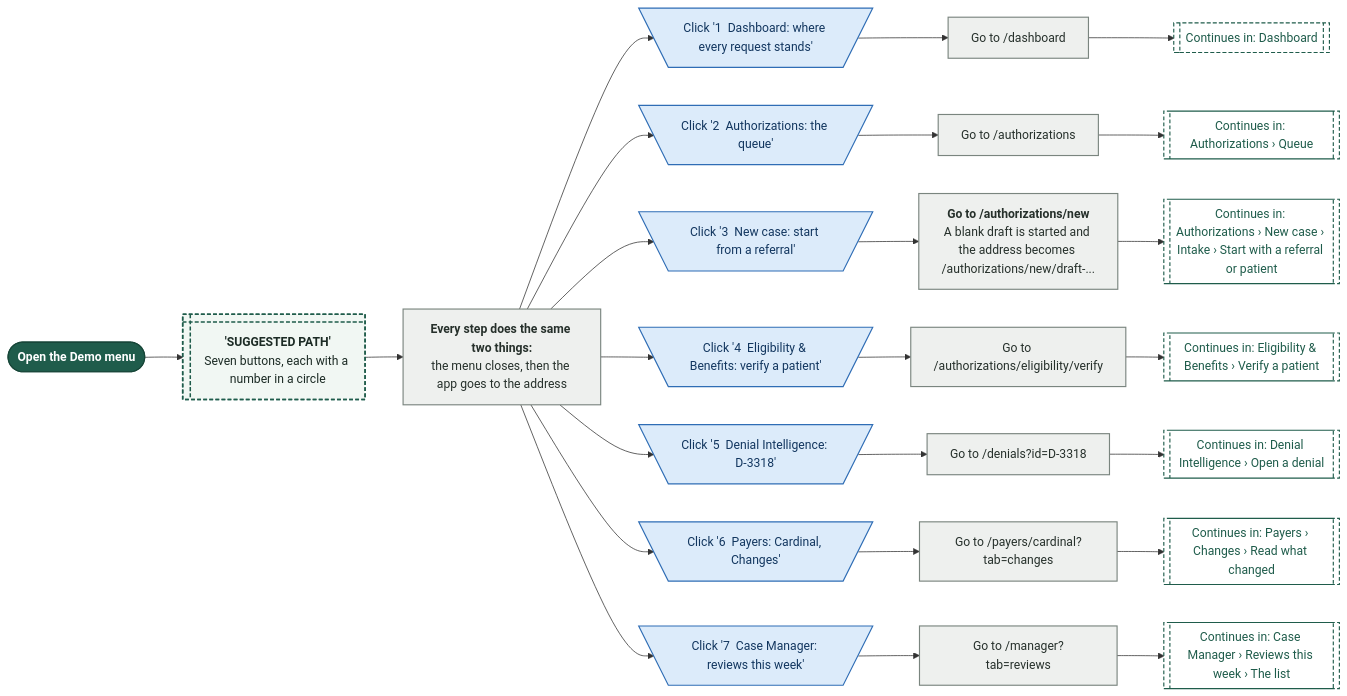
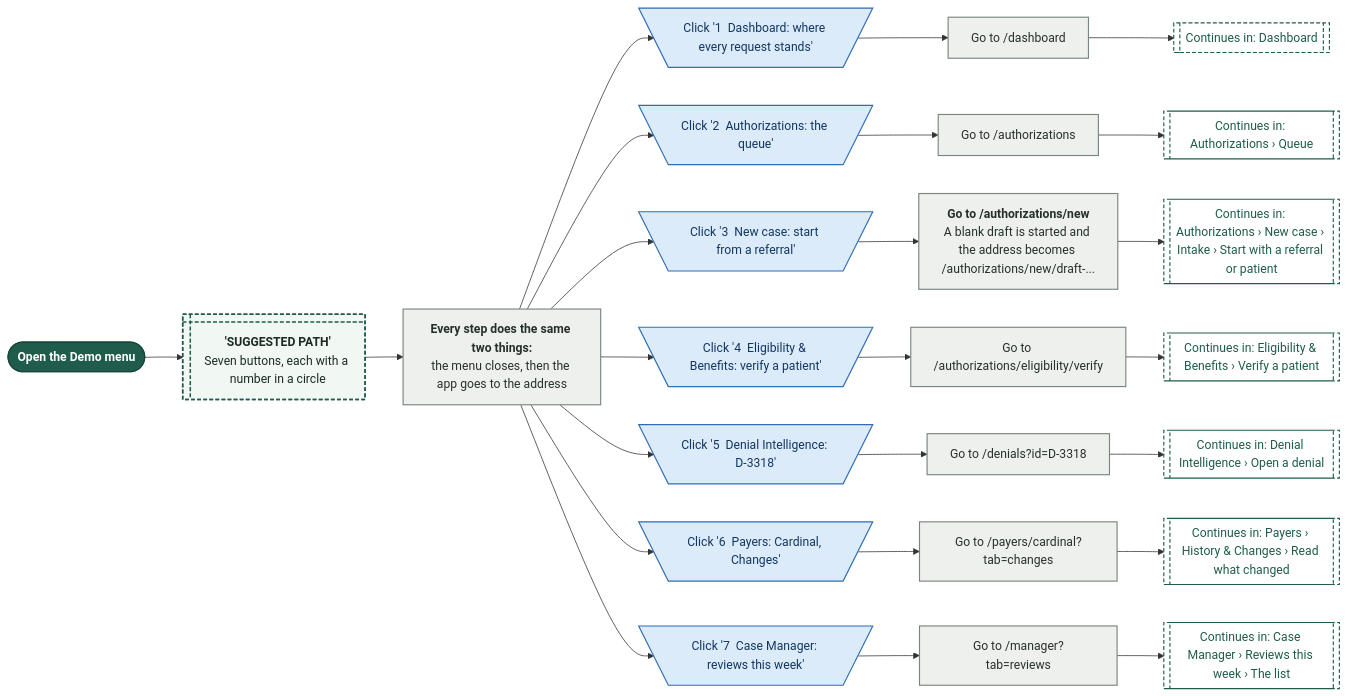
Before and after one commit to Shrav143/psyfloapp: the diagram in demos/prior-auth-demo/workflows/out/mmd/01-global-shell/42-demo-suggested-path.mmd, drawn with Mermaid. The commit also changed 60 other files, not shown here.

First line of the commit message:
feat: Payer Workflow Studio integration (compact header, default workflow in view panel, docs, diagrams)

```diff
--- a/demos/prior-auth-demo/workflows/out/mmd/01-global-shell/42-demo-suggested-path.mmd
+++ b/demos/prior-auth-demo/workflows/out/mmd/01-global-shell/42-demo-suggested-path.mmd
@@ -1,56 +1,56 @@
 %%{init: {"theme":"base","themeVariables":{"fontFamily":"'DM Sans', 'Segoe UI', system-ui, sans-serif","fontSize":"15px","lineColor":"#5B6B63","primaryTextColor":"#1C2B25","clusterBkg":"#FBF8F3","clusterBorder":"#D9CDBB","edgeLabelBackground":"#FFFFFF"},"flowchart":{"curve":"basis","nodeSpacing":36,"rankSpacing":48,"padding":12,"htmlLabels":true,"useMaxWidth":false,"wrappingWidth":230}} }%%
 flowchart LR
   classDef k_start fill:#1F5C4B,stroke:#174638,color:#FFFFFF,stroke-width:1.5px,font-weight:600
   classDef k_end fill:#DDEFE3,stroke:#2E7D4F,color:#14502F,stroke-width:1.5px,font-weight:600
   classDef k_endx fill:#FBE3E0,stroke:#C0392B,color:#7A1F16,stroke-width:1.5px,font-weight:600
   classDef k_screen fill:#FFFDF8,stroke:#1F5C4B,color:#1C2B25,stroke-width:2px
   classDef k_overlay fill:#F1F7F3,stroke:#1F5C4B,color:#1C2B25,stroke-width:2px,stroke-dasharray:5 3
   classDef k_click fill:#DCEBFA,stroke:#2F6DB5,color:#12365F,stroke-width:1.5px
   classDef k_input fill:#E4E7FF,stroke:#4C5FD5,color:#1D2670,stroke-width:1.5px
   classDef k_process fill:#EEF0EE,stroke:#7A857F,color:#26302B,stroke-width:1.5px
   classDef k_agent fill:#EEE5FA,stroke:#7A4FC2,color:#341A63,stroke-width:1.5px
   classDef k_decision fill:#FFF0CC,stroke:#D9962B,color:#5C3B00,stroke-width:1.5px
   classDef k_store fill:#D5F0EA,stroke:#1C8E7B,color:#0B4A3F,stroke-width:1.5px
   classDef k_doc fill:#F6E9DC,stroke:#B07A4C,color:#4A2E14,stroke-width:1.5px
   classDef k_ext fill:#FFE6D2,stroke:#E07B39,color:#6B2F06,stroke-width:1.5px
   classDef k_wait fill:#E4E8EE,stroke:#6B7C93,color:#26303D,stroke-width:1.5px
   classDef k_toast fill:#FFF9DB,stroke:#C9A400,color:#5A4A00,stroke-width:1.5px
   classDef k_goto fill:#FFFFFF,stroke:#1F5C4B,color:#1F5C4B,stroke-width:1.5px,stroke-dasharray:5 3
   s1@{ shape: stadium, label: "Open the Demo menu" }
   o1@{ shape: win-pane, label: "<b>'SUGGESTED PATH'</b><br/>Seven buttons, each with a number in a circle" }
   p0@{ shape: rect, label: "<b>Every step does the same two things:</b><br/>the menu closes, then the app goes to the address" }
   c1@{ shape: trap-t, label: "Click '1  Dashboard: where every request stands'" }
   r1@{ shape: rect, label: "Go to /dashboard" }
   g1@{ shape: subproc, label: "Continues in: Dashboard" }
   c2@{ shape: trap-t, label: "Click '2  Authorizations: the queue'" }
   r2@{ shape: rect, label: "Go to /authorizations" }
   g2@{ shape: subproc, label: "Continues in: Authorizations › Queue" }
   c3@{ shape: trap-t, label: "Click '3  New case: start from a referral'" }
   r3@{ shape: rect, label: "<b>Go to /authorizations/new</b><br/>A blank draft is started and the address becomes /authorizations/new/draft-..." }
   g3@{ shape: subproc, label: "Continues in: Authorizations › New case › Intake › Start with a referral or patient" }
   c4@{ shape: trap-t, label: "Click '4  Eligibility & Benefits: verify a patient'" }
   r4@{ shape: rect, label: "Go to /authorizations/eligibility/verify" }
   g4@{ shape: subproc, label: "Continues in: Eligibility & Benefits › Verify a patient" }
   c5@{ shape: trap-t, label: "Click '5  Denial Intelligence: D-3318'" }
   r5@{ shape: rect, label: "Go to /denials?id=D-3318" }
   g5@{ shape: subproc, label: "Continues in: Denial Intelligence › Open a denial" }
   c6@{ shape: trap-t, label: "Click '6  Payers: Cardinal, Changes'" }
   r6@{ shape: rect, label: "Go to /payers/cardinal?tab=changes" }
-  g6@{ shape: subproc, label: "Continues in: Payers › Changes › Read what changed" }
+  g6@{ shape: subproc, label: "Continues in: Payers › History & Changes › Read what changed" }
   c7@{ shape: trap-t, label: "Click '7  Case Manager: reviews this week'" }
   r7@{ shape: rect, label: "Go to /manager?tab=reviews" }
   g7@{ shape: subproc, label: "Continues in: Case Manager › Reviews this week › The list" }
   s1 --> o1 --> p0
   p0 --> c1 & c2 & c3 & c4 & c5 & c6 & c7
   c1 --> r1 --> g1
   c2 --> r2 --> g2
   c3 --> r3 --> g3
   c4 --> r4 --> g4
   c5 --> r5 --> g5
   c6 --> r6 --> g6
   c7 --> r7 --> g7
   class s1 k_start
   class o1 k_overlay
   class p0,r1,r2,r3,r4,r5,r6,r7 k_process
   class c1,c2,c3,c4,c5,c6,c7 k_click
   class g1,g2,g3,g4,g5,g6,g7 k_goto
```
